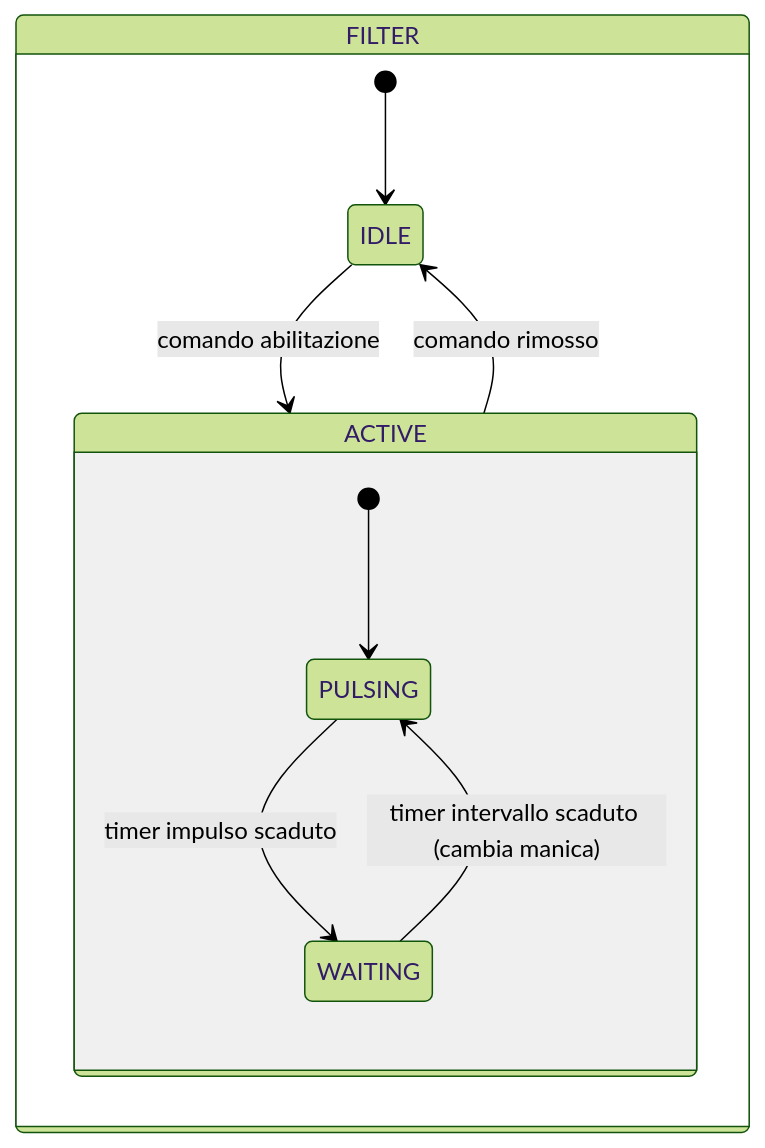
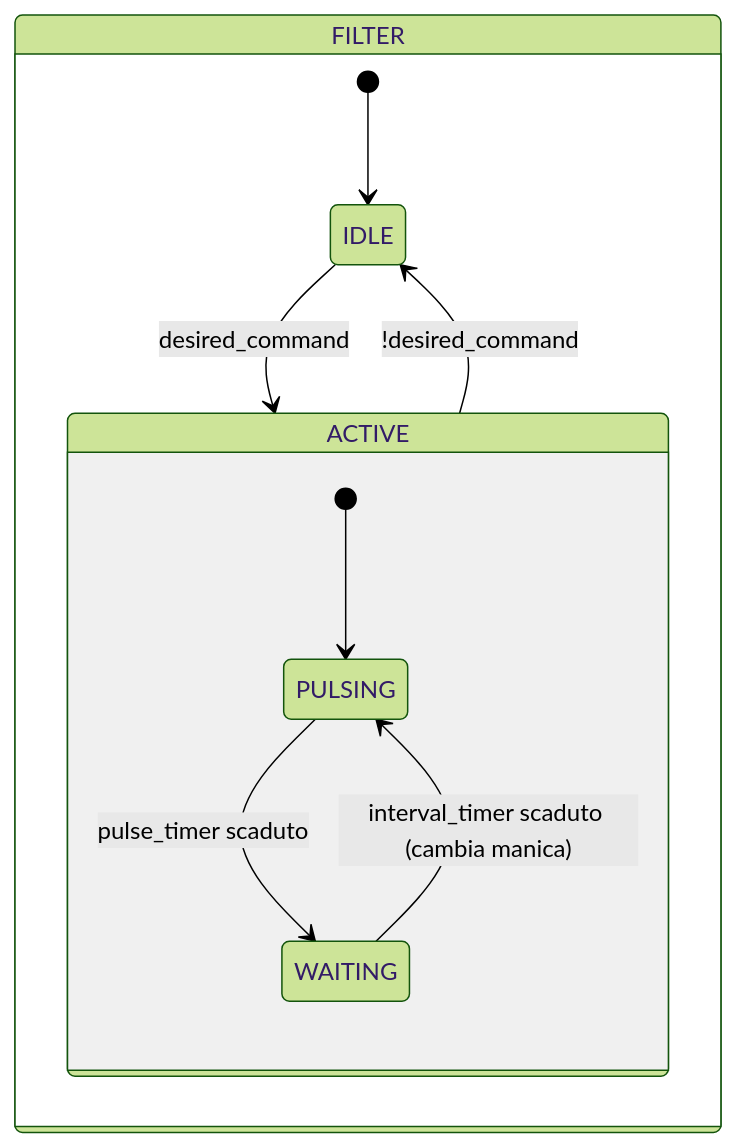
One commit to AleFire99/TIA_knowledge changed the second of 2 diagrams in docs/it/library/filters/2-sleeves/index.md. Above: the diagram before and after it, drawn with Mermaid (forest theme). The commit also changed other lines of this file and 17 other files, not shown here.

````diff
--- a/docs/it/library/filters/2-sleeves/index.md
+++ b/docs/it/library/filters/2-sleeves/index.md
@@ -94,14 +94,14 @@
 ```mermaid
 stateDiagram-v2
 state FILTER{
     [*] --> IDLE
-    IDLE --> ACTIVE : comando abilitazione
-    ACTIVE --> IDLE : comando rimosso
+    IDLE --> ACTIVE : desired_command
+    ACTIVE --> IDLE : !desired_command
 
     state ACTIVE {
         [*] --> PULSING
-        PULSING --> WAITING : timer impulso scaduto
-        WAITING --> PULSING : timer intervallo scaduto (cambia manica)
+        PULSING --> WAITING : pulse_timer scaduto
+        WAITING --> PULSING : interval_timer scaduto (cambia manica)
     }
 }
 ```
````
